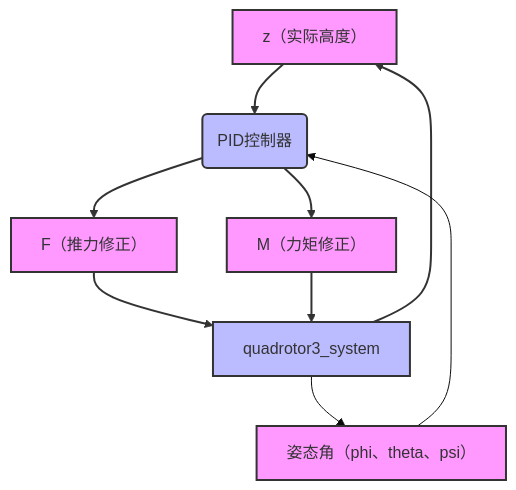
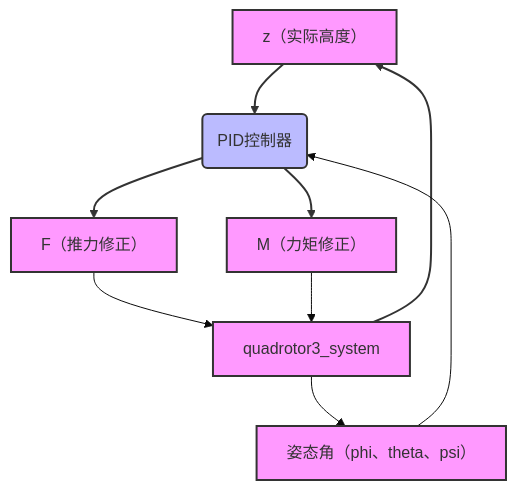
Before and after one commit to chao-8xx/stackedit-app-data: the third of 3 diagrams in 四旋翼无人机轨迹三维跟踪控制.md, drawn with Mermaid (base theme). The commit also changed other lines of this file, not shown here.

Commit message:
四旋翼无人机轨迹三维跟踪控制.md updated from https://stackedit.cn/

````diff
--- a/四旋翼无人机轨迹三维跟踪控制.md
+++ b/四旋翼无人机轨迹三维跟踪控制.md
@@ -365,23 +365,21 @@
 ```mermaid
 graph TD
     A[z（实际高度）] --> B(PID控制器)
     B --> C[F（推力修正）]
     B --> F[M（力矩修正）]
     C --> D[quadrotor3_system]
     F --> D
     D --> A
     D --> E[姿态角（phi、theta、psi）]
     E --> B
     style A fill:#f9f,color:#333,stroke:#333,stroke-width:2px
     style B fill:#bbf,color:#333,stroke:#333,stroke-width:2px
     style C fill:#f9f,color:#333,stroke:#333,stroke-width:2px
-    style D fill:#bbf,color:#333,stroke:#333,stroke-width:2px
+    style D fill:#f9f,color:#333,stroke:#333,stroke-width:2px
     style E fill:#f9f,color:#333,stroke:#333,stroke-width:2px
     style F fill:#f9f,color:#333,stroke:#333,stroke-width:2px
     linkStyle 0 stroke:#333,stroke-width:2px,color:#333
     linkStyle 1 stroke:#333,stroke-width:2px,color:#333
     linkStyle 2 stroke:#333,stroke-width:2px,color:#333
-    linkStyle 3 stroke:#333,stroke-width:2px,color:#333
-    linkStyle 4 stroke:#333,stroke-width:2px,color:#333
     linkStyle 5 stroke:#333,stroke-width:2px,color:#333
 ```
````
